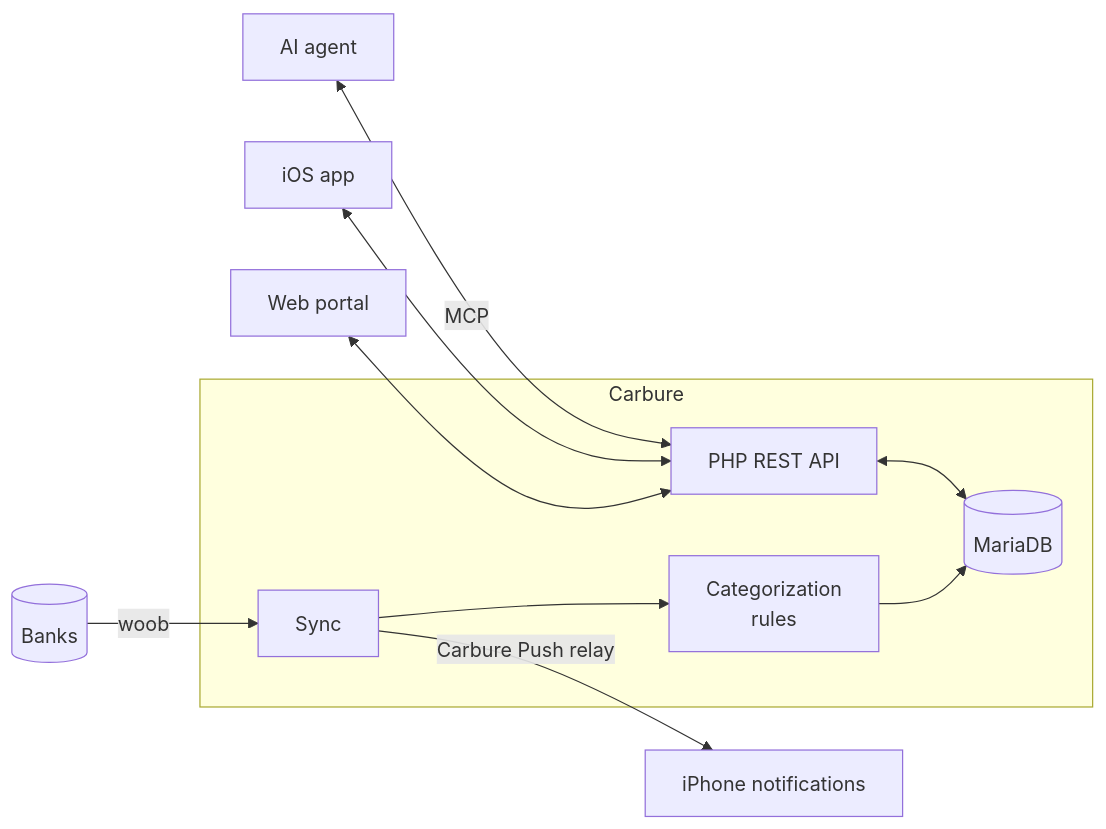
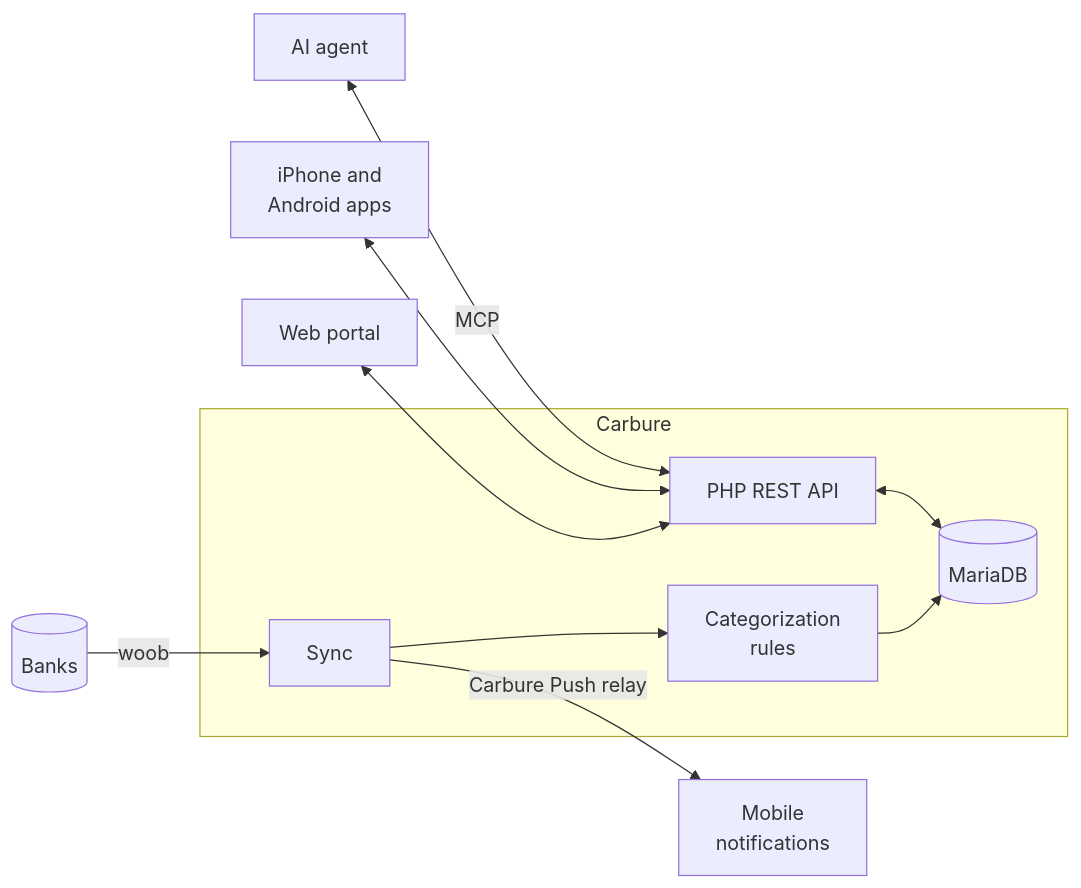
The diagram in README.md (ltoinel/Carbure), drawn with Mermaid before and after one commit. The commit also changed other lines of this file and 1 other file, not shown here.

First line of the commit message:
docs: announce the Android app and split the README quick start

````diff
--- a/README.md
+++ b/README.md
@@ -123,12 +126,12 @@
 ```mermaid
 flowchart LR
     bank[(Banks)] -->|woob| sync[Sync]
     subgraph Carbure
         sync --> rules[Categorization<br/>rules] --> db[(MariaDB)]
         api[PHP REST API] <--> db
     end
     portal[Web portal] <--> api
-    ios[iOS app] <--> api
+    mobile[iPhone and<br/>Android apps] <--> api
     ai[AI agent] <-->|MCP| api
-    sync -->|Carbure Push relay| push[iPhone notifications]
+    sync -->|Carbure Push relay| push[Mobile<br/>notifications]
 ```
````
